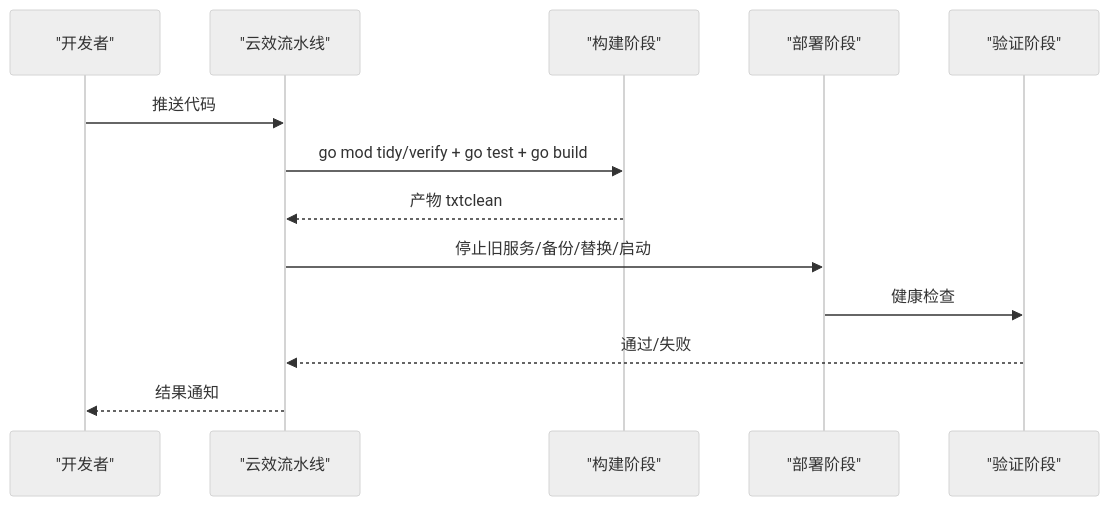
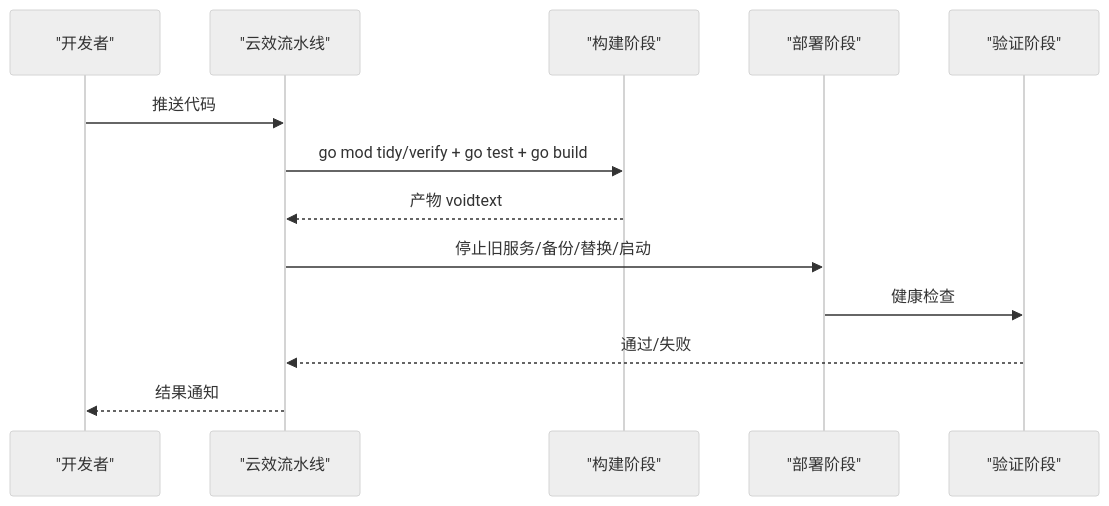
The eighth of 10 diagrams in repowikis/部署和运维/部署和运维.md (handy-h/VoidText), drawn with Mermaid (neutral theme) before and after one commit. The commit also changed other lines of this file and 101 other files, not shown here.

````diff
--- a/repowikis/部署和运维/部署和运维.md
+++ b/repowikis/部署和运维/部署和运维.md
@@ -341,15 +341,15 @@
 ```mermaid
 sequenceDiagram
 participant Dev as "开发者"
 participant CI as "云效流水线"
 participant Build as "构建阶段"
 participant Deploy as "部署阶段"
 participant Verify as "验证阶段"
 Dev->>CI : 推送代码
 CI->>Build : go mod tidy/verify + go test + go build
-Build-->>CI : 产物 txtclean
+Build-->>CI : 产物 voidtext
 CI->>Deploy : 停止旧服务/备份/替换/启动
 Deploy->>Verify : 健康检查
 Verify-->>CI : 通过/失败
 CI-->>Dev : 结果通知
 ```
````
